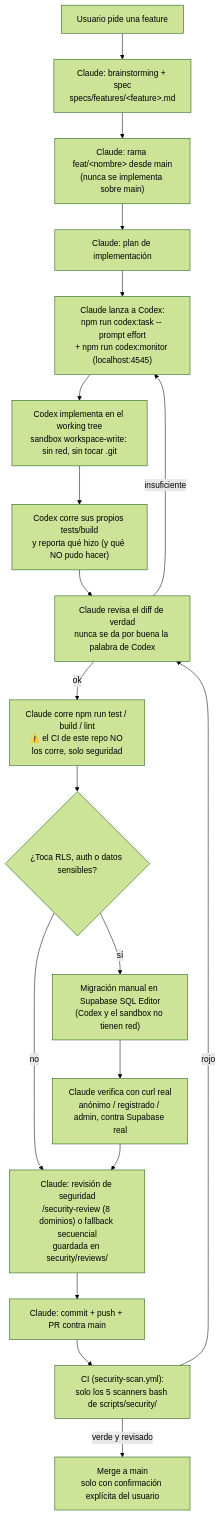
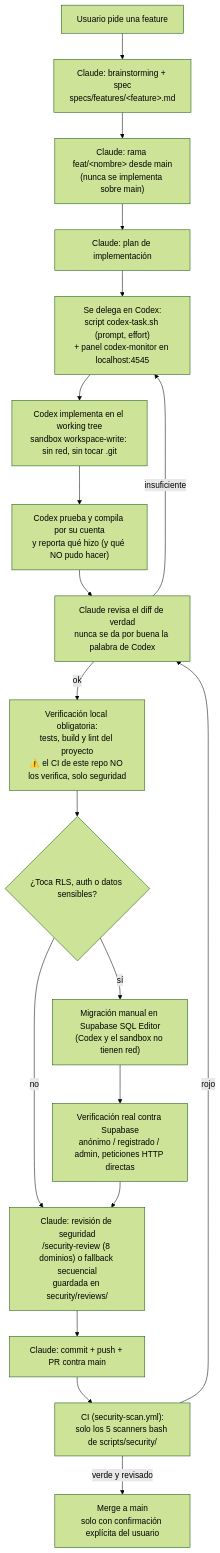
The diagram in README.md (pedroleni/tech-study-tracker), drawn with Mermaid (forest theme) before and after one commit.

Commit message:
fix(docs): reformular nodos del diagrama para no disparar scan_prompt_injection
El CI (security-scan.yml) marcaba 3 líneas como [CRITICAL] Agent
Directive: el patrón \b(Claude|AI|...)\b.*\b(run|curl|...)\b (ver
scripts/security/scan_prompt_injection.sh:166) no distingue "Claude
hace X" como documentación de una instrucción real dirigida a un
agente. Reformulado sin tocar el detector -mismo criterio que el
propio comentario del script sobre el falso positivo de PR #14-: es
contenido, no lógica de escaneo, lo que cambia. Verificado localmente
con los 5 scanners de scripts/security/ antes de pushear, no solo
con el fix a ciegas.

````diff
--- a/README.md
+++ b/README.md
@@ -46,21 +46,21 @@
 ```mermaid
 flowchart TD
     A["Usuario pide una feature"] --> B["Claude: brainstorming + spec<br/>specs/features/&lt;feature&gt;.md"]
     B --> C["Claude: rama feat/&lt;nombre&gt; desde main<br/>(nunca se implementa sobre main)"]
     C --> D["Claude: plan de implementación"]
-    D --> E["Claude lanza a Codex:<br/>npm run codex:task -- prompt effort<br/>+ npm run codex:monitor (localhost:4545)"]
+    D --> E["Se delega en Codex:<br/>script codex-task.sh (prompt, effort)<br/>+ panel codex-monitor en localhost:4545"]
     E --> F["Codex implementa en el working tree<br/>sandbox workspace-write: sin red, sin tocar .git"]
-    F --> G["Codex corre sus propios tests/build<br/>y reporta qué hizo (y qué NO pudo hacer)"]
+    F --> G["Codex prueba y compila por su cuenta<br/>y reporta qué hizo (y qué NO pudo hacer)"]
     G --> H["Claude revisa el diff de verdad<br/>nunca se da por buena la palabra de Codex"]
     H -->|insuficiente| E
-    H -->|ok| I["Claude corre npm run test / build / lint<br/>⚠️ el CI de este repo NO los corre, solo seguridad"]
+    H -->|ok| I["Verificación local obligatoria:<br/>tests, build y lint del proyecto<br/>⚠️ el CI de este repo NO los verifica, solo seguridad"]
     I --> J{"¿Toca RLS, auth o datos sensibles?"}
     J -->|sí| K["Migración manual en Supabase SQL Editor<br/>(Codex y el sandbox no tienen red)"]
-    K --> L["Claude verifica con curl real<br/>anónimo / registrado / admin, contra Supabase real"]
+    K --> L["Verificación real contra Supabase<br/>anónimo / registrado / admin, peticiones HTTP directas"]
     J -->|no| M
     L --> M["Claude: revisión de seguridad<br/>/security-review (8 dominios) o fallback secuencial<br/>guardada en security/reviews/"]
     M --> N["Claude: commit + push + PR contra main"]
     N --> O["CI (security-scan.yml):<br/>solo los 5 scanners bash de scripts/security/"]
     O -->|rojo| H
     O -->|verde y revisado| P["Merge a main<br/>solo con confirmación explícita del usuario"]
 ```
````
